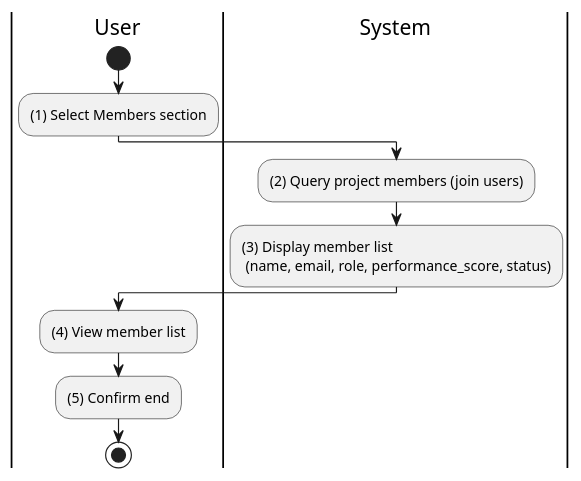
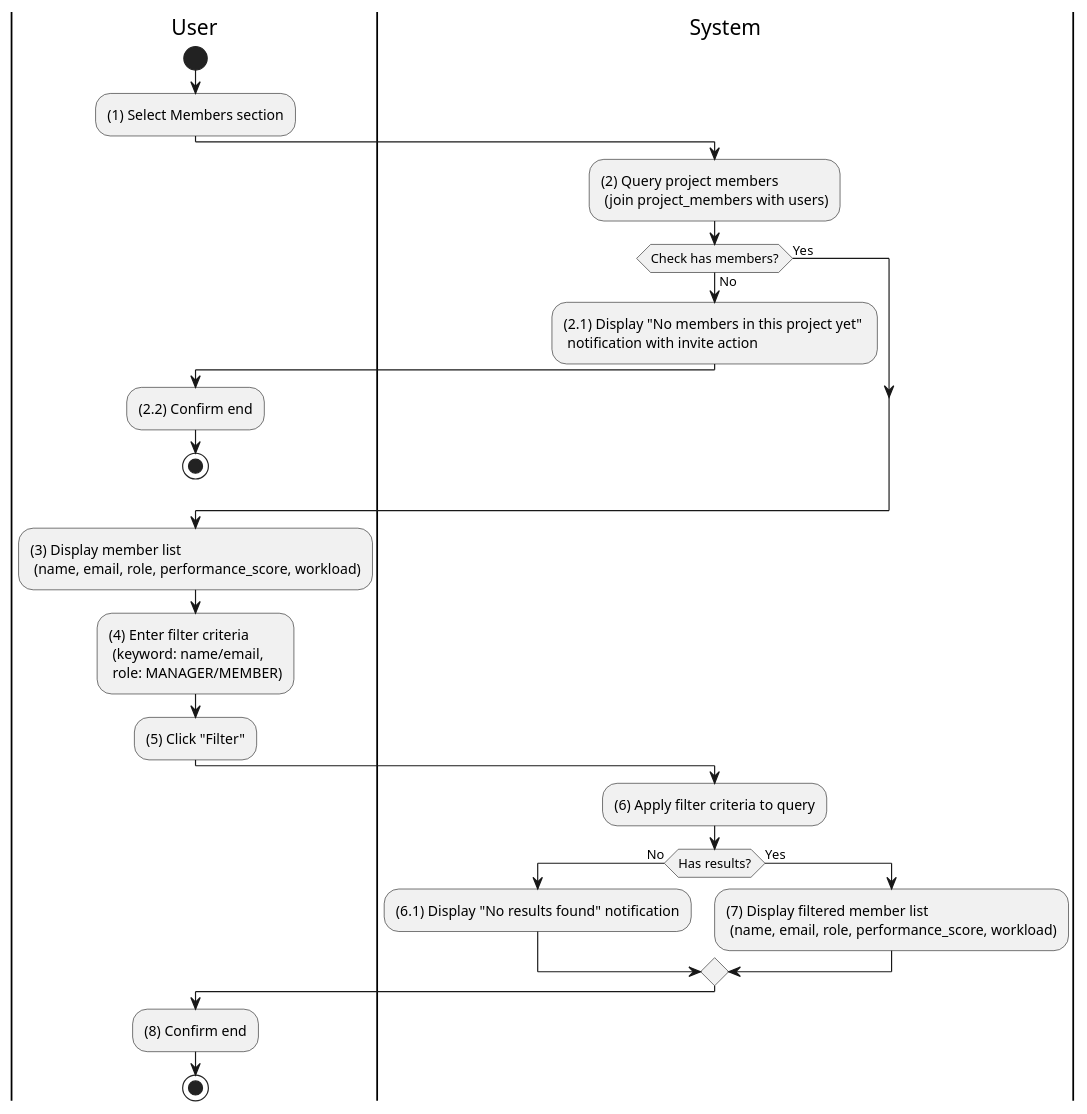
One commit to taskpilot-platform/taskpilot-platform.github.io changed the diagram in docs/docs/activity/project-members/view-project-member-list.md. Above: the diagram before and after it, drawn with PlantUML. The commit also changed 10 other files, not shown here.

First line of the commit message:
expand activity diagrams: add empty-state checks and filter flows

````diff
--- a/docs/docs/activity/project-members/view-project-member-list.md
+++ b/docs/docs/activity/project-members/view-project-member-list.md
@@ -3,20 +3,43 @@
 ```plantuml
 @startuml
 |U|User
 |S|System
 
 |U|
 start
 :(1) Select Members section;
 
 |S|
-:(2) Query project members (join users);
-:(3) Display member list \n (name, email, role, performance_score, status);
+:(2) Query project members \n (join project_members with users);
+
+if (Check has members?) then (No)
+  :(2.1) Display "No members in this project yet" \n notification with invite action;
+  |U|
+  :(2.2) Confirm end;
+  stop
+else (Yes)
+endif
+
+:(3) Display member list \n (name, email, role, performance_score, workload);
 
 |U|
-:(4) View member list;
-:(5) Confirm end;
+:(4) Enter filter criteria \n (keyword: name/email, \n role: MANAGER/MEMBER);
+:(5) Click "Filter";
+
+|S|
+:(6) Apply filter criteria to query;
+
+if (Has results?) then (No)
+  :(6.1) Display "No results found" notification;
+  |U|
+else (Yes)
+  |S|
+  :(7) Display filtered member list \n (name, email, role, performance_score, workload);
+  |U|
+endif
+
+:(8) Confirm end;
 
 stop
 @enduml
 ```
````
